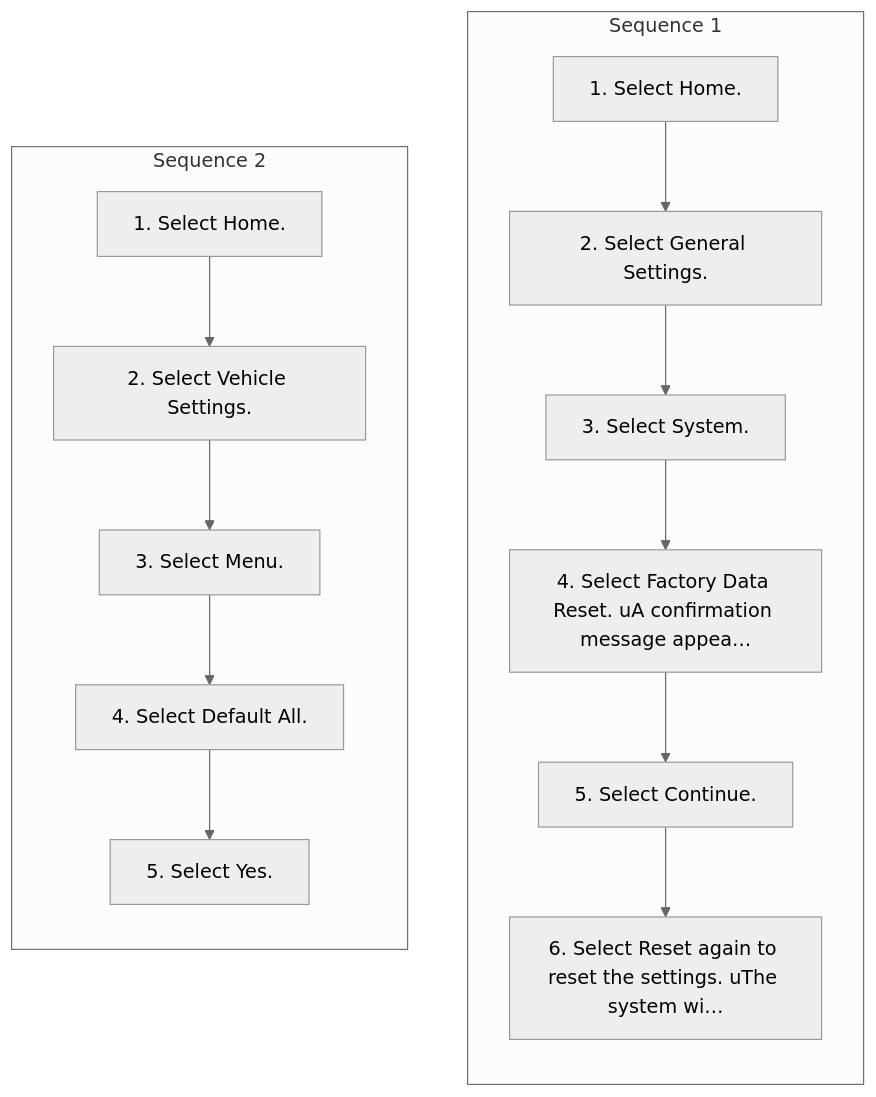
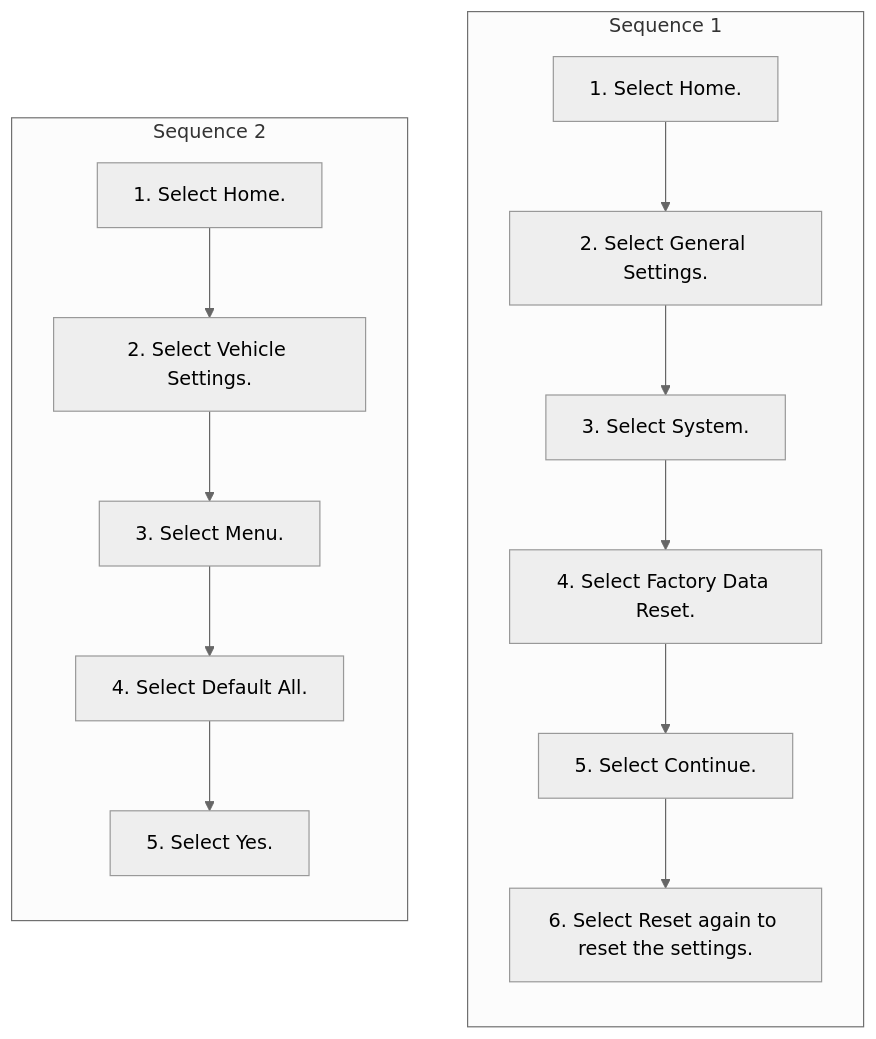
One commit to Chieko-Y/my-spec-generator changed the diagram in workspace/honda/pilot-2026/ivi/published/features/25-defaulting-all-the-settings.md. Above: the diagram before and after it, drawn with Mermaid (neutral theme). The commit also changed other lines of this file and 59 other files, not shown here.

````diff
--- a/workspace/honda/pilot-2026/ivi/published/features/25-defaulting-all-the-settings.md
+++ b/workspace/honda/pilot-2026/ivi/published/features/25-defaulting-all-the-settings.md
@@ -9,29 +9,29 @@
 ```mermaid
 flowchart TD
     subgraph SEQ1["Sequence 1"]
     direction TB
     S1_1["1. Select Home."]
     S1_2["2. Select General Settings."]
     S1_3["3. Select System."]
-    S1_4["4. Select Factory Data Reset. uA confirmation message appea…"]
+    S1_4["4. Select Factory Data Reset."]
     S1_5["5. Select Continue."]
-    S1_6["6. Select Reset again to reset the settings. uThe system wi…"]
+    S1_6["6. Select Reset again to reset the settings."]
     S1_1 --> S1_2
     S1_2 --> S1_3
     S1_3 --> S1_4
     S1_4 --> S1_5
     S1_5 --> S1_6
     end
     subgraph SEQ2["Sequence 2"]
     direction TB
     S2_1["1. Select Home."]
     S2_2["2. Select Vehicle Settings."]
     S2_3["3. Select Menu."]
     S2_4["4. Select Default All."]
     S2_5["5. Select Yes."]
     S2_1 --> S2_2
     S2_2 --> S2_3
     S2_3 --> S2_4
     S2_4 --> S2_5
     end
 ```
````
